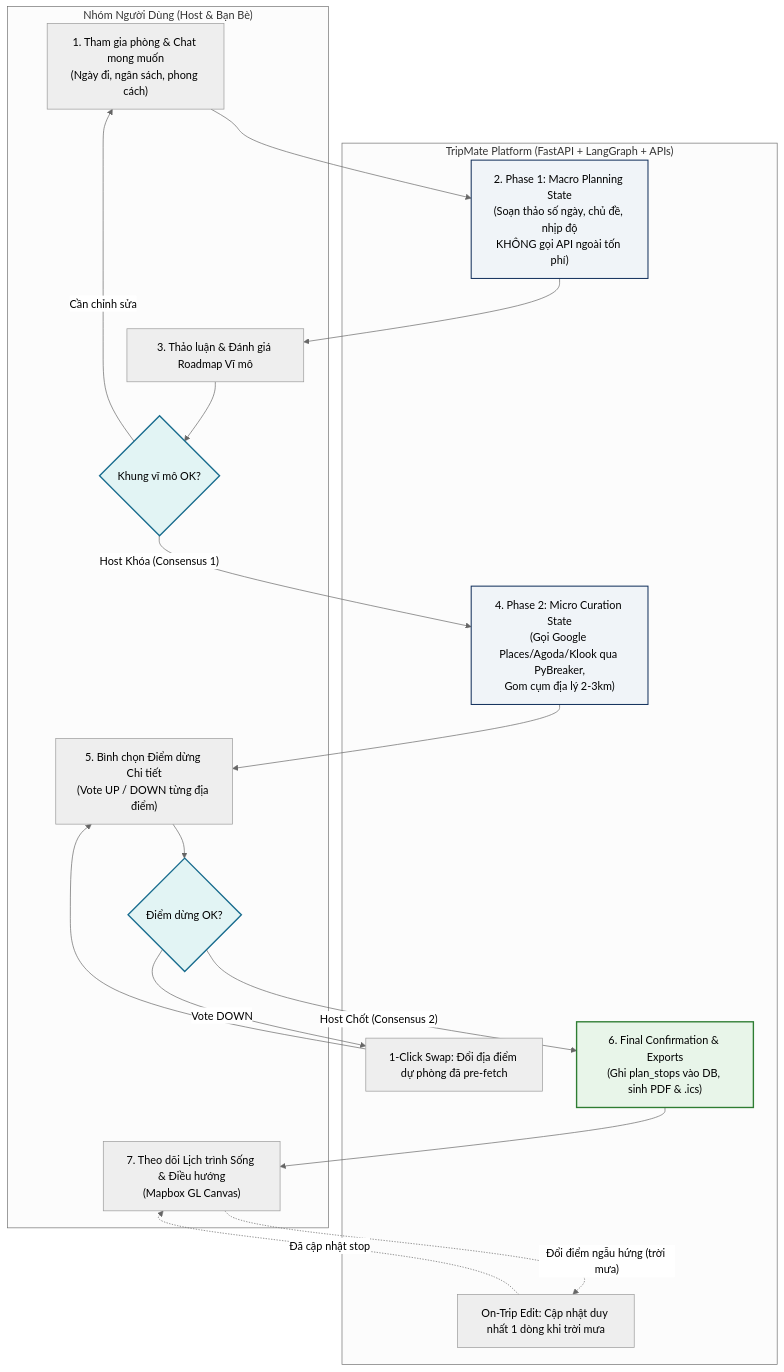
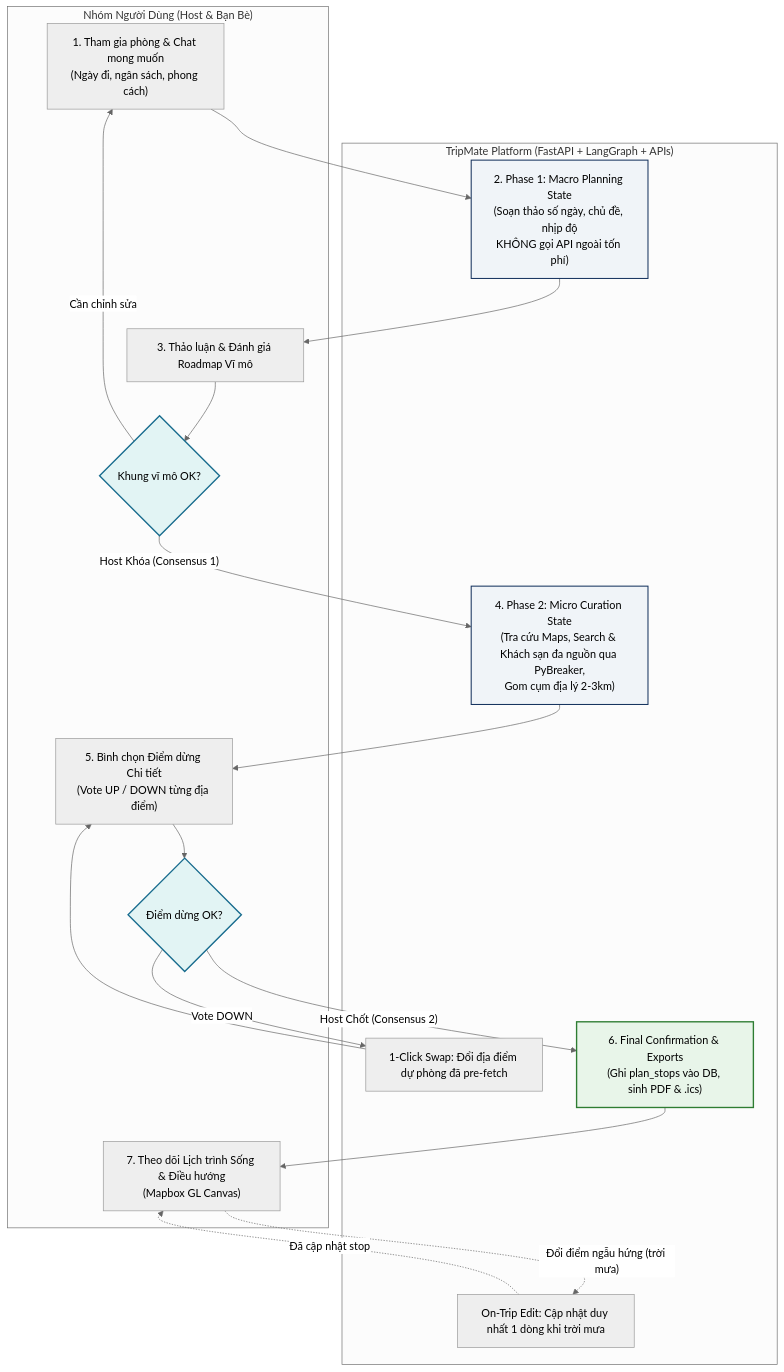
Before and after one commit to b4ck12/Group_Project: the first of 2 diagrams in explain.md, drawn with Mermaid (neutral theme). The commit also changed other lines of this file and 11 other files, not shown here.

````diff
--- a/explain.md
+++ b/explain.md
@@ -26,39 +26,39 @@
 ```mermaid
 flowchart TD
     subgraph Part1 ["Nhóm Người Dùng (Host & Bạn Bè)"]
         A1["1. Tham gia phòng & Chat mong muốn<br/>(Ngày đi, ngân sách, phong cách)"]
         A2["3. Thảo luận & Đánh giá Roadmap Vĩ mô"]
         A3{"Khung vĩ mô OK?"}
         A4["5. Bình chọn Điểm dừng Chi tiết<br/>(Vote UP / DOWN từng địa điểm)"]
         A5{"Điểm dừng OK?"}
         A6["7. Theo dõi Lịch trình Sống & Điều hướng<br/>(Mapbox GL Canvas)"]
     end
 
     subgraph Part2 ["TripMate Platform (FastAPI + LangGraph + APIs)"]
         B1["2. Phase 1: Macro Planning State<br/>(Soạn thảo số ngày, chủ đề, nhịp độ<br/>KHÔNG gọi API ngoài tốn phí)"]
-        B2["4. Phase 2: Micro Curation State<br/>(Gọi Google Places/Agoda/Klook qua PyBreaker,<br/>Gom cụm địa lý 2-3km)"]
+        B2["4. Phase 2: Micro Curation State<br/>(Tra cứu Maps, Search & Khách sạn đa nguồn qua PyBreaker,<br/>Gom cụm địa lý 2-3km)"]
         B3["1-Click Swap: Đổi địa điểm dự phòng đã pre-fetch"]
         B4["6. Final Confirmation & Exports<br/>(Ghi plan_stops vào DB, sinh PDF & .ics)"]
         B5["On-Trip Edit: Cập nhật duy nhất 1 dòng khi trời mưa"]
     end
 
     A1 --> B1
     B1 --> A2
     A2 --> A3
     A3 -- "Cần chỉnh sửa" --> A1
     A3 -- "Host Khóa (Consensus 1)" --> B2
     B2 --> A4
     A4 --> A5
     A5 -- "Vote DOWN" --> B3
     B3 --> A4
     A5 -- "Host Chốt (Consensus 2)" --> B4
     B4 --> A6
     A6 -. "Đổi điểm ngẫu hứng (trời mưa)" .-> B5
     B5 -. "Đã cập nhật stop" .-> A6
 
     style A3 fill:#e2f4f4,stroke:#186c8e,stroke-width:2px;
     style A5 fill:#e2f4f4,stroke:#186c8e,stroke-width:2px;
     style B1 fill:#f0f4f8,stroke:#12305c,stroke-width:1.5px;
     style B2 fill:#f0f4f8,stroke:#12305c,stroke-width:1.5px;
     style B4 fill:#e8f5e9,stroke:#2e7d32,stroke-width:2px;
 ```
````
